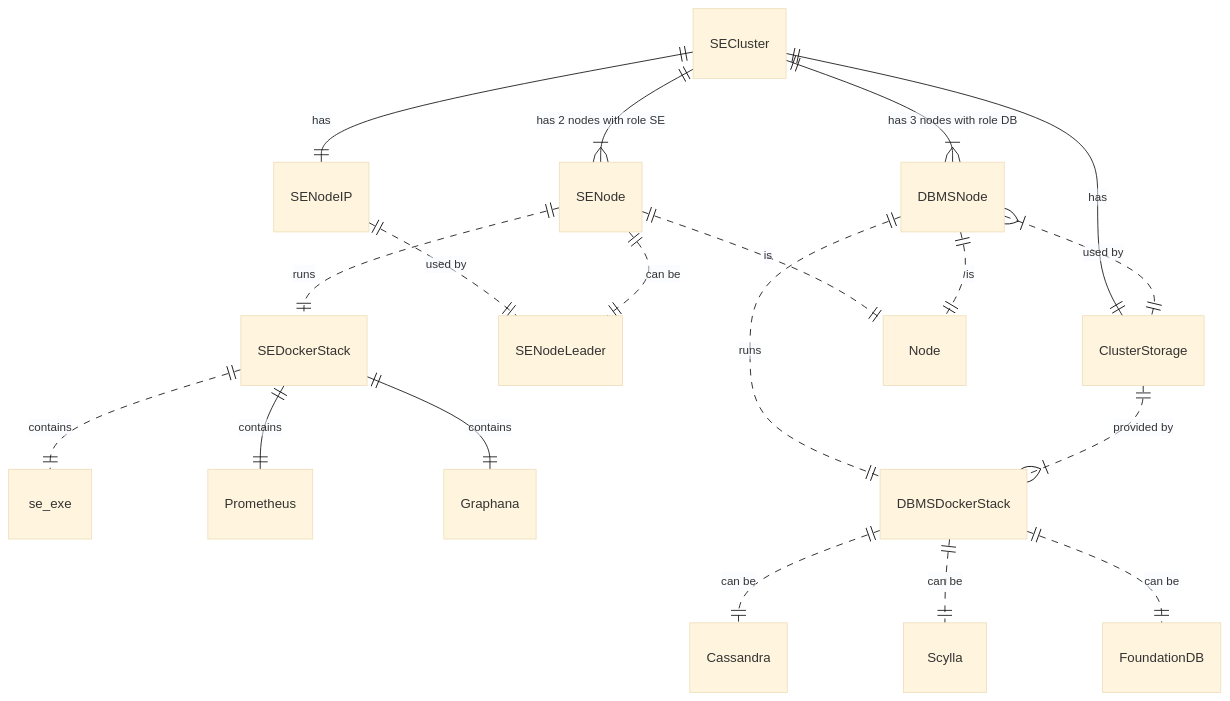
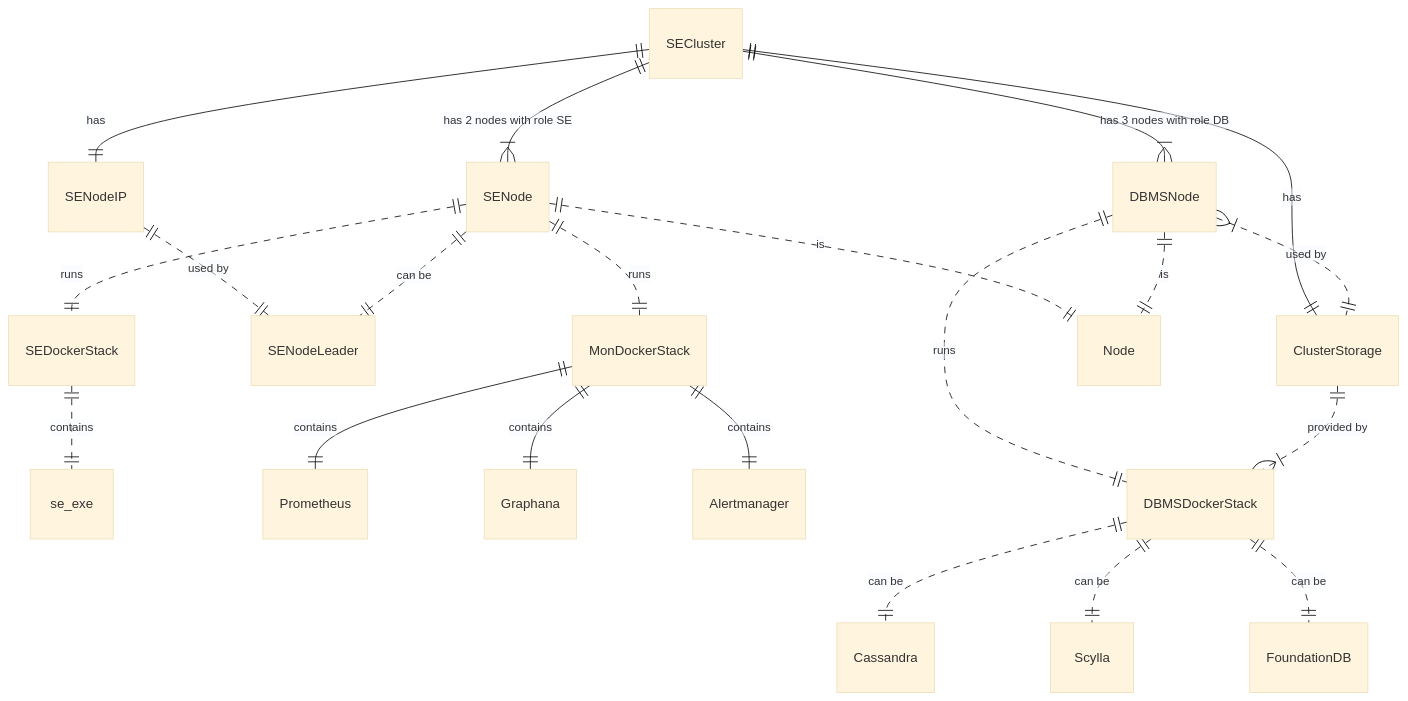
Before and after one commit to voedger/voedger: diagram 15 of 17 in design/README.md, drawn with Mermaid (base theme).

Commit message:
Update Standart Edition (SE) Cluster schema

````diff
--- a/design/README.md
+++ b/design/README.md
@@ -425,29 +425,31 @@
 ```mermaid
     erDiagram
 
     SECluster ||--|{ SENode : "has 2 nodes with role SE"
     SECluster ||--|{ DBMSNode : "has 3 nodes with role DB"
     SECluster ||--|| ClusterStorage : "has"
     SECluster ||--|| SENodeIP: "has"
 
     SENodeIP ||..|| SENodeLeader: "used by"
 
     SEDockerStack ||..|| se_exe: "contains"
-    SEDockerStack ||--|| Prometheus : "contains"
-    SEDockerStack ||--|| Graphana : "contains"
+    MonDockerStack ||--|| Prometheus : "contains"
+    MonDockerStack ||--|| Graphana : "contains"
+    MonDockerStack ||--|| Alertmanager : "contains"
 
     SENode ||..|| Node : "is"
     SENode ||..|| SENodeLeader : "can be"
     SENode ||..|| SEDockerStack : "runs"    
+    SENode ||..|| MonDockerStack : "runs"
 
     DBMSNode ||..|| Node : "is"
     DBMSNode ||..|| DBMSDockerStack : "runs"
     DBMSNode |{..|| ClusterStorage : "used by"
 
 
    
     ClusterStorage ||..|{ DBMSDockerStack: "provided by"
     DBMSDockerStack ||..|| Cassandra : "can be"
     DBMSDockerStack ||..|| Scylla : "can be"
     DBMSDockerStack ||..|| FoundationDB : "can be"
 ```
````
